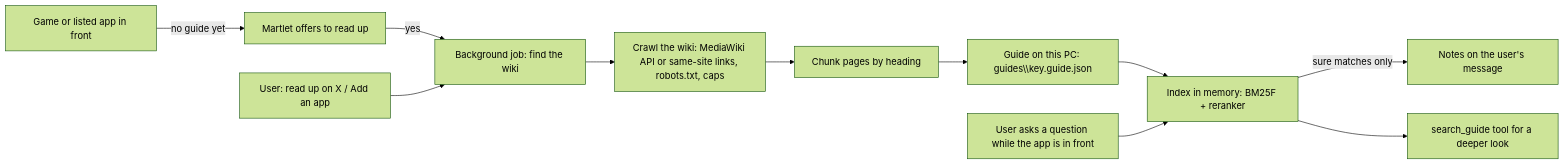
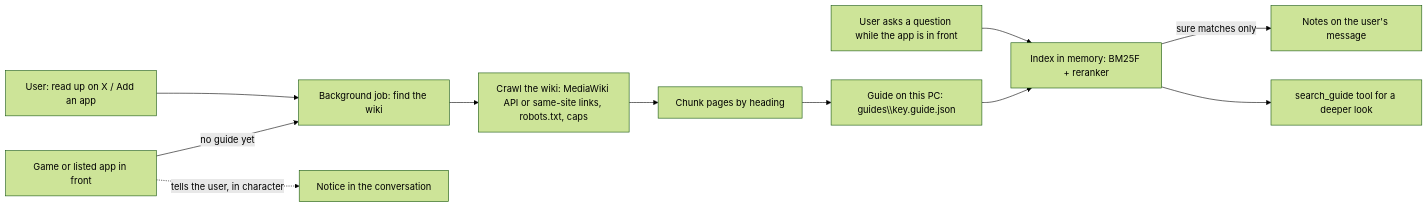
One commit to throndir2/Martlet changed the diagram in docs/APP_GUIDES.md. Above: the diagram before and after it, drawn with Mermaid (forest theme). The commit also changed other lines of this file and 18 other files, not shown here.

````diff
--- a/docs/APP_GUIDES.md
+++ b/docs/APP_GUIDES.md
@@ -44,13 +46,13 @@
 ```mermaid
 flowchart LR
-    A[Game or listed app in front] -->|no guide yet| B[Martlet offers to read up]
-    B -->|yes| C[Background job: find the wiki]
+    A[Game or listed app in front] -->|no guide yet| C[Background job: find the wiki]
+    A -.->|tells the user, in character| B[Notice in the conversation]
     U[User: read up on X / Add an app] --> C
     C --> D[Crawl the wiki: MediaWiki API or same-site links, robots.txt, caps]
     D --> E[Chunk pages by heading]
     E --> F[Guide on this PC: guides\\key.guide.json]
     F --> G[Index in memory: BM25F + reranker]
     Q[User asks a question while the app is in front] --> G
     G -->|sure matches only| N[Notes on the user's message]
     G --> T[search_guide tool for a deeper look]
 ```
````
